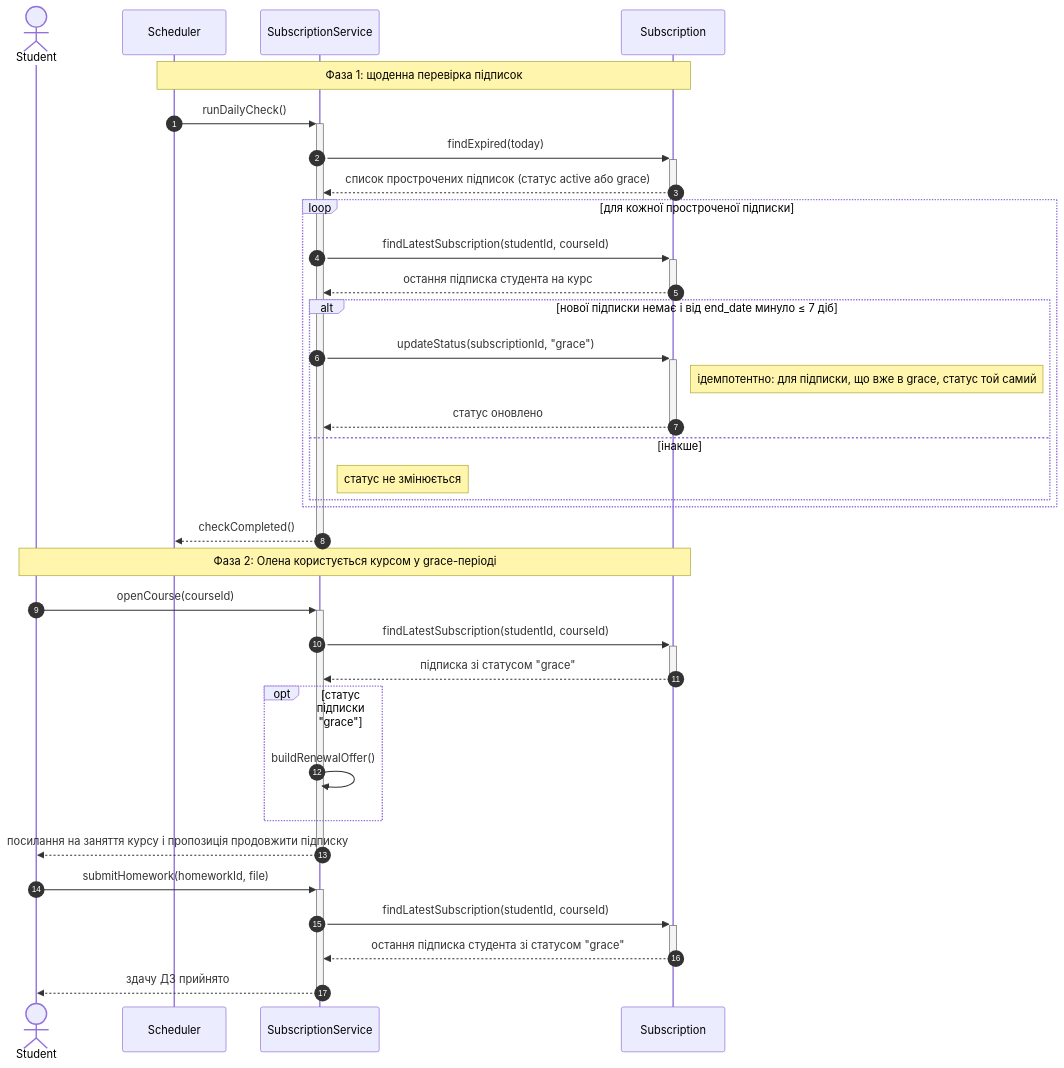
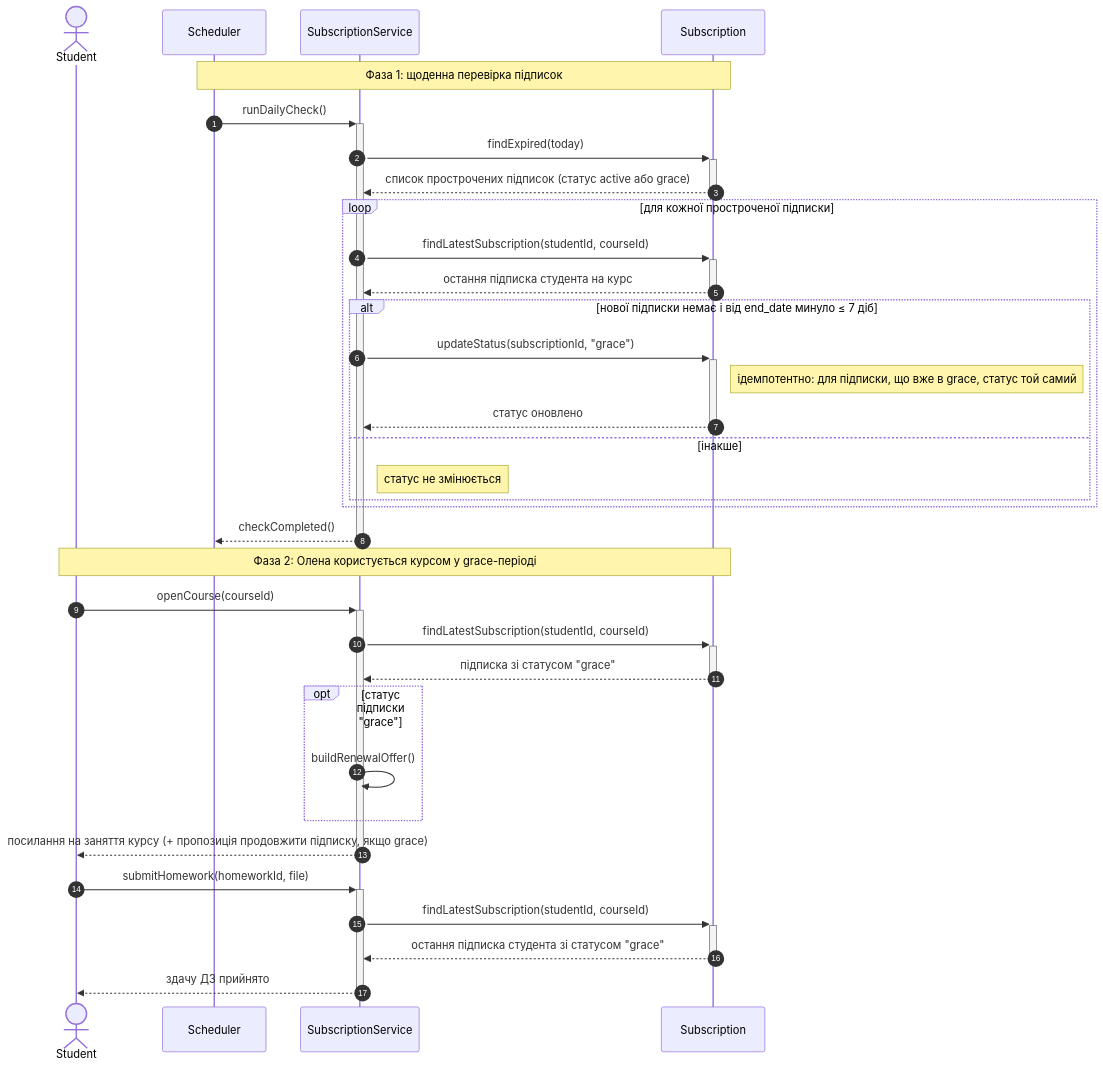
Before and after one commit to grmaryna/MathHub: the diagram in Sequence Diagram/diagram-req-31.mmd, drawn with Mermaid. The commit also changed 2 other files, not shown here.

```diff
--- a/Sequence Diagram/diagram-req-31.mmd
+++ b/Sequence Diagram/diagram-req-31.mmd
@@ -1,42 +1,42 @@
 sequenceDiagram
     autonumber
     actor Student
     participant Scheduler
     participant SubscriptionService
     participant Subscription
 
     Note over Scheduler,Subscription: Фаза 1: щоденна перевірка підписок
 
     Scheduler->>+SubscriptionService: runDailyCheck()
     SubscriptionService->>+Subscription: findExpired(today)
     Subscription-->>-SubscriptionService: список прострочених підписок (статус active або grace)
 
     loop для кожної простроченої підписки
         SubscriptionService->>+Subscription: findLatestSubscription(studentId, courseId)
         Subscription-->>-SubscriptionService: остання підписка студента на курс
 
         alt нової підписки немає і від end_date минуло ≤ 7 діб
             SubscriptionService->>+Subscription: updateStatus(subscriptionId, "grace")
             Note right of Subscription: ідемпотентно: для підписки, що вже в grace, статус той самий
             Subscription-->>-SubscriptionService: статус оновлено
         else інакше
             Note right of SubscriptionService: статус не змінюється
         end
     end
     SubscriptionService-->>-Scheduler: checkCompleted()
 
     Note over Student,Subscription: Фаза 2: Олена користується курсом у grace-періоді
 
         Student->>+SubscriptionService: openCourse(courseId)
     SubscriptionService->>+Subscription: findLatestSubscription(studentId, courseId)
     Subscription-->>-SubscriptionService: підписка зі статусом "grace"
     opt статус підписки "grace"
         SubscriptionService->>SubscriptionService: buildRenewalOffer()
     end
     
-    SubscriptionService-->>-Student: посилання на заняття курсу і пропозиція продовжити підписку
+    SubscriptionService-->>-Student: посилання на заняття курсу (+ пропозиція продовжити підписку, якщо grace)
 
     Student->>+SubscriptionService: submitHomework(homeworkId, file)
     SubscriptionService->>+Subscription: findLatestSubscription(studentId, courseId)
     Subscription-->>-SubscriptionService: остання підписка студента зі статусом "grace"
     SubscriptionService-->>-Student: здачу ДЗ прийнято
```
